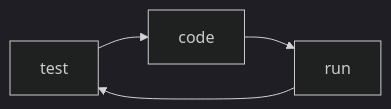
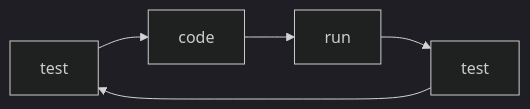
One commit to SafeWinter/junit-in-action3-notes changed the second of 2 diagrams in notes/Ch13_Continuous_integration_with_JUnit5.md. Above: the diagram before and after it, drawn with Mermaid (dark theme). The commit also changed other lines of this file, not shown here.

Commit message:
updated notes for Ch13: Continuous integration with JUnit 5

````diff
--- a/notes/Ch13_Continuous_integration_with_JUnit5.md
+++ b/notes/Ch13_Continuous_integration_with_JUnit5.md
@@ -35,6 +36,7 @@
 ```mermaid
 graph LR
-    test --> code
-    code --> run
-    run --> test
+    a[test] --> b[code]
+    b[code] --> c[run]
+    c[run] --> d[test]
+    d[test] --> a[test]
 ```
````
